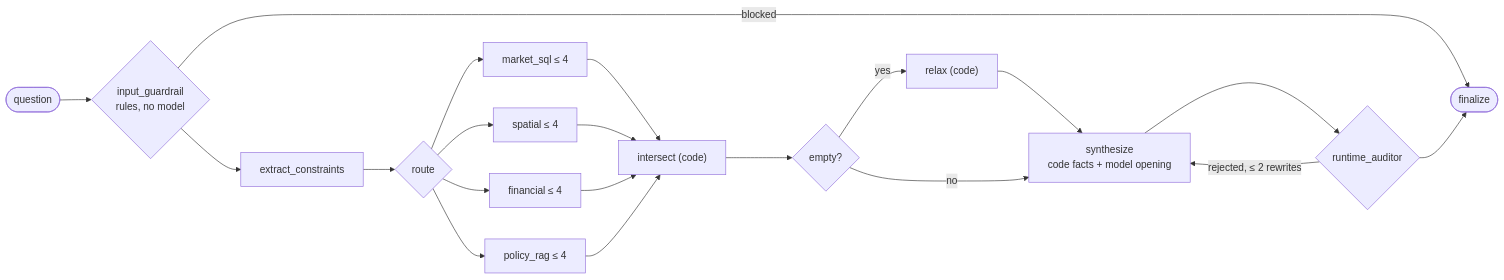
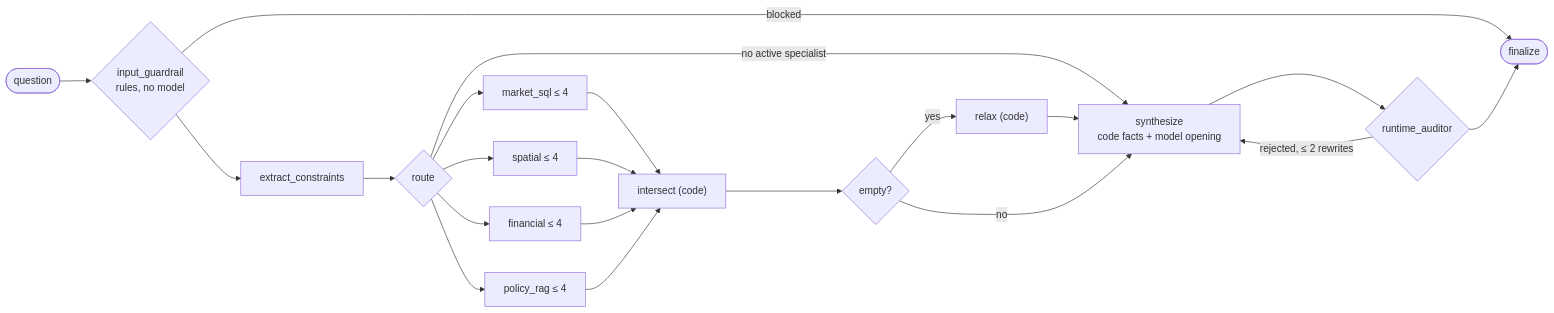
One commit to fcyap/HDB-Compass changed the eighth of 8 diagrams in README.md. Above: the diagram before and after it, drawn with Mermaid. The commit also changed other lines of this file, not shown here.

Commit message:
README: side-by-side A/B/C diagram in System Architecture; show B menu shortcut and C no-specialist path

````diff
--- a/README.md
+++ b/README.md
@@ -393,13 +448,14 @@
 ```mermaid
 flowchart LR
     Q(["question"]) --> G{"input_guardrail<br/>rules, no model"}
     G -->|"blocked"| Fin(["finalize"])
     G --> X["extract_constraints"] --> R{"route"}
     R --> M["market_sql ≤ 4"] & S["spatial ≤ 4"] & F["financial ≤ 4"] & P["policy_rag ≤ 4"]
+    R -->|"no active specialist"| SY
     M & S & F & P --> J["intersect (code)"] --> RX{"empty?"}
     RX -->|"yes"| RL["relax (code)"] --> SY
     RX -->|"no"| SY["synthesize<br/>code facts + model opening"]
     SY --> A{"runtime_auditor"}
     A -->|"rejected, ≤ 2 rewrites"| SY
     A --> Fin
 ```
````
